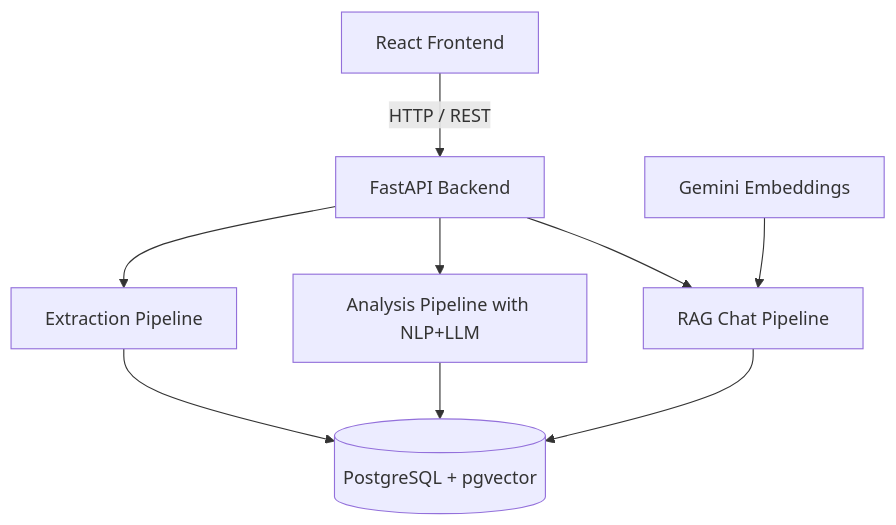
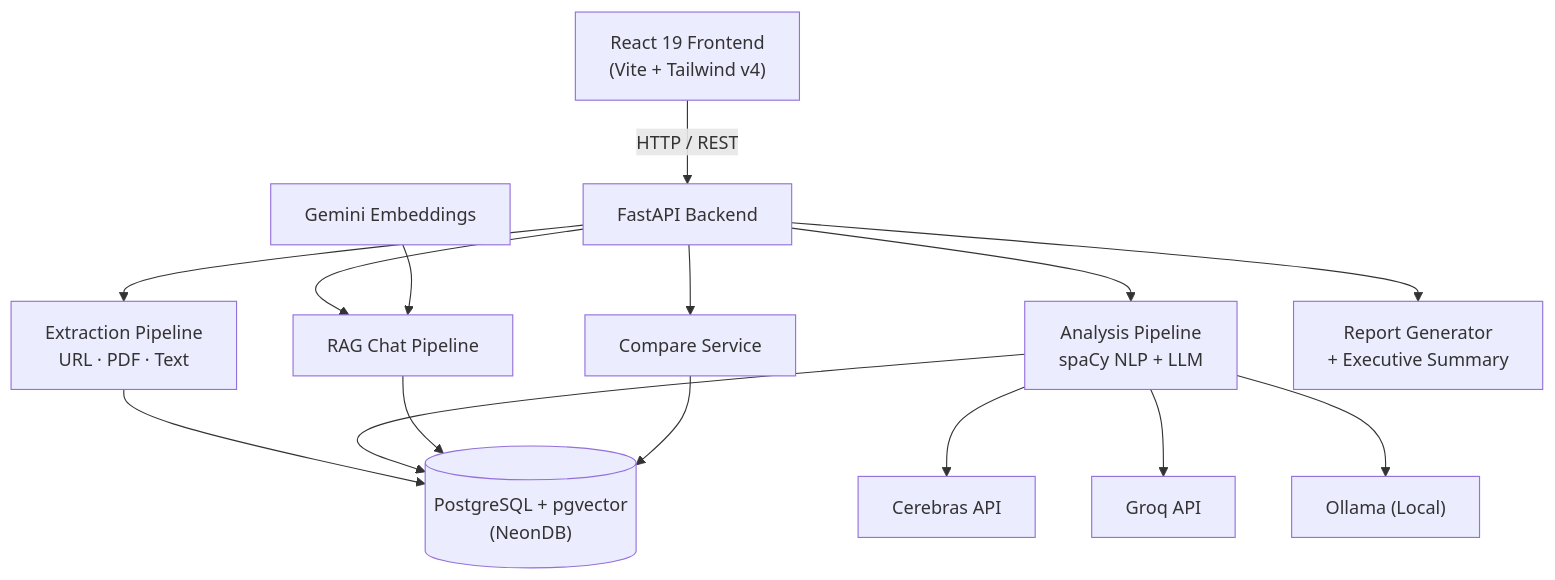
The first of 2 diagrams in README.md (aarush323/PBL_TOS_RISK_ANALYZER), drawn with Mermaid before and after one commit. The commit also changed other lines of this file and 5 other files, not shown here.

````diff
--- a/README.md
+++ b/README.md
@@ -61,14 +87,21 @@
 ```mermaid
 graph TD
-    React[React Frontend] -->|HTTP / REST| FastAPI[FastAPI Backend]
+    React["React 19 Frontend<br/>(Vite + Tailwind v4)"] -->|HTTP / REST| FastAPI["FastAPI Backend"]
 
-    FastAPI --> Ext[Extraction Pipeline]
-    FastAPI --> NLP[Analysis Pipeline with NLP+LLM]
-    FastAPI --> RAG[RAG Chat Pipeline]
+    FastAPI --> Ext["Extraction Pipeline<br/>URL · PDF · Text"]
+    FastAPI --> NLP["Analysis Pipeline<br/>spaCy NLP + LLM"]
+    FastAPI --> RAG["RAG Chat Pipeline"]
+    FastAPI --> Compare["Compare Service"]
+    FastAPI --> Reports["Report Generator<br/>+ Executive Summary"]
     
-    Gemini[Gemini Embeddings] --> RAG
+    NLP --> Cerebras["Cerebras API"]
+    NLP --> Groq["Groq API"]
+    NLP --> Ollama["Ollama (Local)"]
     
-    Ext --> DB[(PostgreSQL + pgvector)]
+    Gemini["Gemini Embeddings"] --> RAG
+    
+    Ext --> DB[("PostgreSQL + pgvector<br/>(NeonDB)")]
     NLP --> DB
     RAG --> DB
+    Compare --> DB
 ```
````
